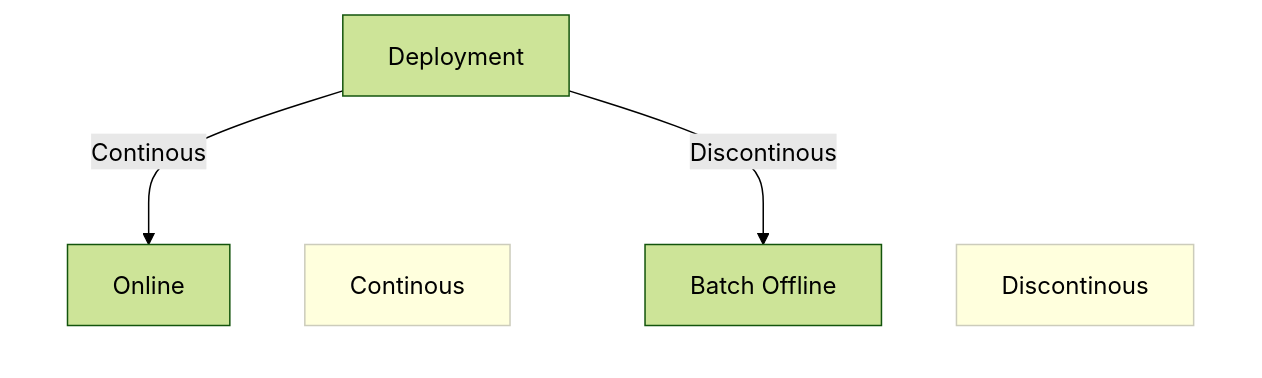
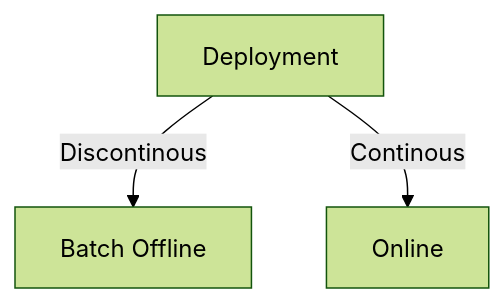
Before and after one commit to mossdet/mlops-dlp: the diagram in week04/README.md, drawn with Mermaid (forest theme). The commit also changed 1 other file, not shown here.

Commit message:
update readmes

````diff
--- a/week04/README.md
+++ b/week04/README.md
@@ -3,20 +3,5 @@
 ```mermaid
 graph TD
-    classDef sub opacity:0
-    classDef note fill:#ffd, stroke:#ccb
-
     A[Deployment]--> |Discontinous| B[Batch Offline];
-    subgraph subB [" "]
-        B
-        noteB[Discontinous]
-    end
-
     A--> |Continous| C[Online];
-    subgraph subC [" "]
-        C
-        noteC[Continous]
-    end
-
-    class subA,subB,subC sub
-    class noteA,noteB,noteC note
 ```
````
